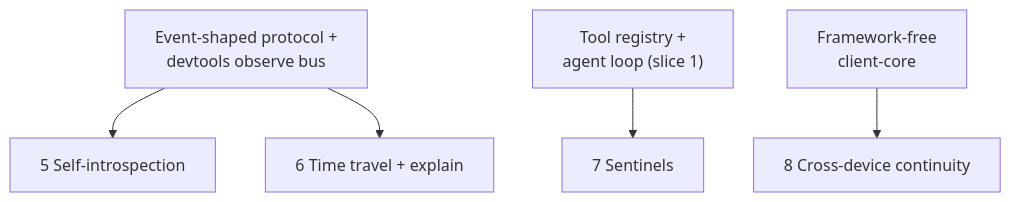
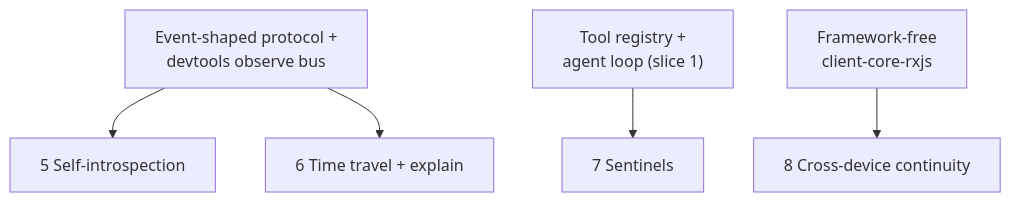
One commit to bettersoftware-io/ReactiveTraderCloudClone changed the second of 4 diagrams in docs/architecture/19-ai-capability-roadmap.md. Above: the diagram before and after it, drawn with Mermaid. The commit also changed other lines of this file and 43 other files, not shown here.

````diff
--- a/docs/architecture/19-ai-capability-roadmap.md
+++ b/docs/architecture/19-ai-capability-roadmap.md
@@ -124,16 +124,16 @@
 ```mermaid
 flowchart TD
     S5["Event-shaped protocol +<br/>devtools observe bus"]
     S4["Tool registry +<br/>agent loop (slice 1)"]
-    S6["Framework-free<br/>client-core"]
+    S6["Framework-free<br/>client-core-rxjs"]
 
     C5["5 Self-introspection"]
     C6["6 Time travel + explain"]
     C7["7 Sentinels"]
     C8["8 Cross-device continuity"]
 
     S5 --> C5
     S5 --> C6
     S4 --> C7
     S6 --> C8
 ```
````
